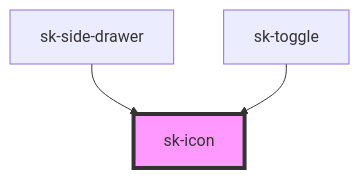
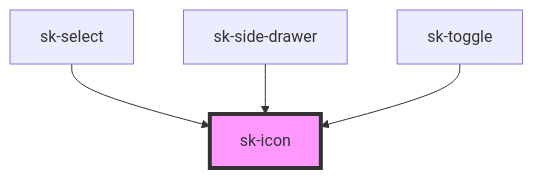
The diagram in web-components-stencil/src/components/sk-icon/readme.md (shincke/sk-toolkit), drawn with Mermaid before and after one commit. The commit also changed other lines of this file and 17 other files, not shown here.

````diff
--- a/web-components-stencil/src/components/sk-icon/readme.md
+++ b/web-components-stencil/src/components/sk-icon/readme.md
@@ -32,6 +33,7 @@
 ```mermaid
 graph TD;
+  sk-select --> sk-icon
   sk-side-drawer --> sk-icon
   sk-toggle --> sk-icon
   style sk-icon fill:#f9f,stroke:#333,stroke-width:4px
 ```
````
